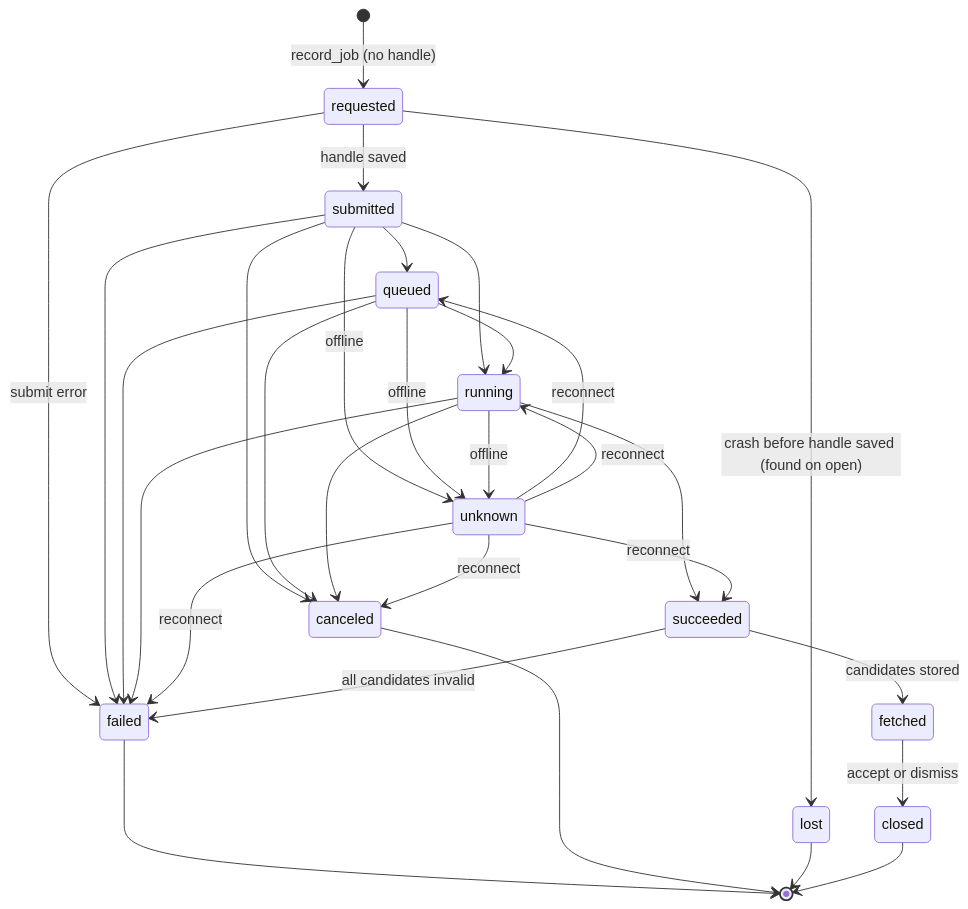
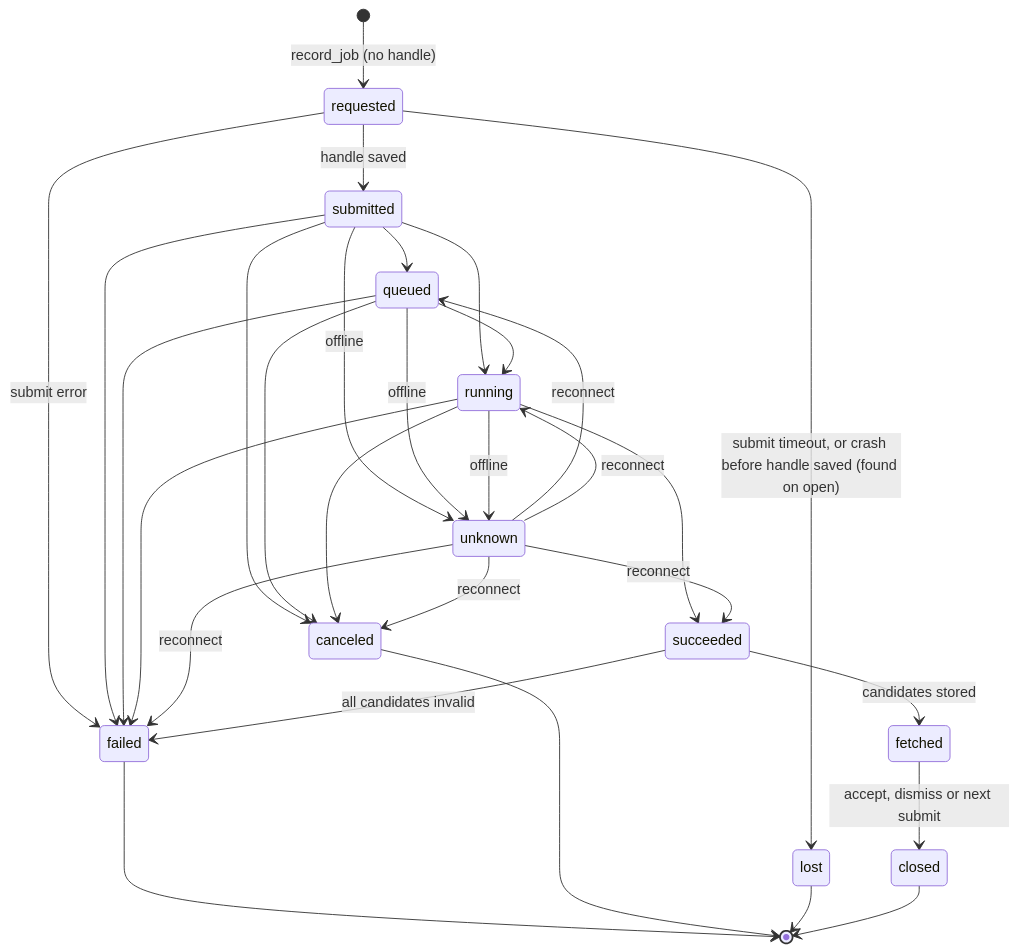
Before and after one commit to szymonbalasz/pocket-forge: the diagram in docs/architecture/manifest-schema.md, drawn with Mermaid. The commit also changed other lines of this file and 5 other files, not shown here.

````diff
--- a/docs/architecture/manifest-schema.md
+++ b/docs/architecture/manifest-schema.md
@@ -117,32 +118,32 @@
 ```mermaid
 stateDiagram-v2
   [*] --> requested: record_job (no handle)
   requested --> submitted: handle saved
   requested --> failed: submit error
-  requested --> lost: crash before handle saved (found on open)
+  requested --> lost: submit timeout, or crash before handle saved (found on open)
   submitted --> queued
   submitted --> running
   submitted --> failed
   submitted --> canceled
   submitted --> unknown: offline
   queued --> running
   queued --> failed
   queued --> canceled
   queued --> unknown: offline
   running --> succeeded
   running --> failed
   running --> canceled
   running --> unknown: offline
   unknown --> queued: reconnect
   unknown --> running: reconnect
   unknown --> succeeded: reconnect
   unknown --> failed: reconnect
   unknown --> canceled: reconnect
   succeeded --> fetched: candidates stored
   succeeded --> failed: all candidates invalid
-  fetched --> closed: accept or dismiss
+  fetched --> closed: accept, dismiss or next submit
   failed --> [*]
   canceled --> [*]
   lost --> [*]
   closed --> [*]
 ```
````
